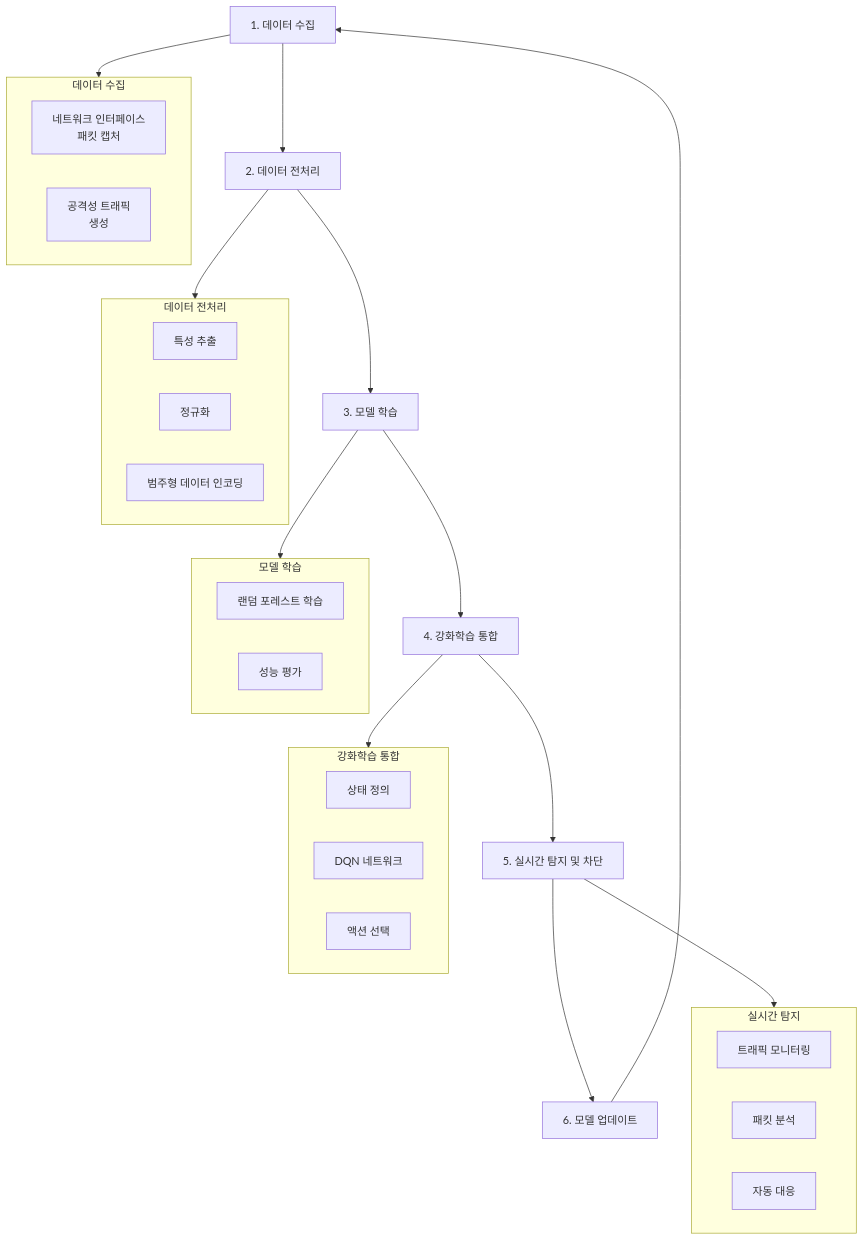
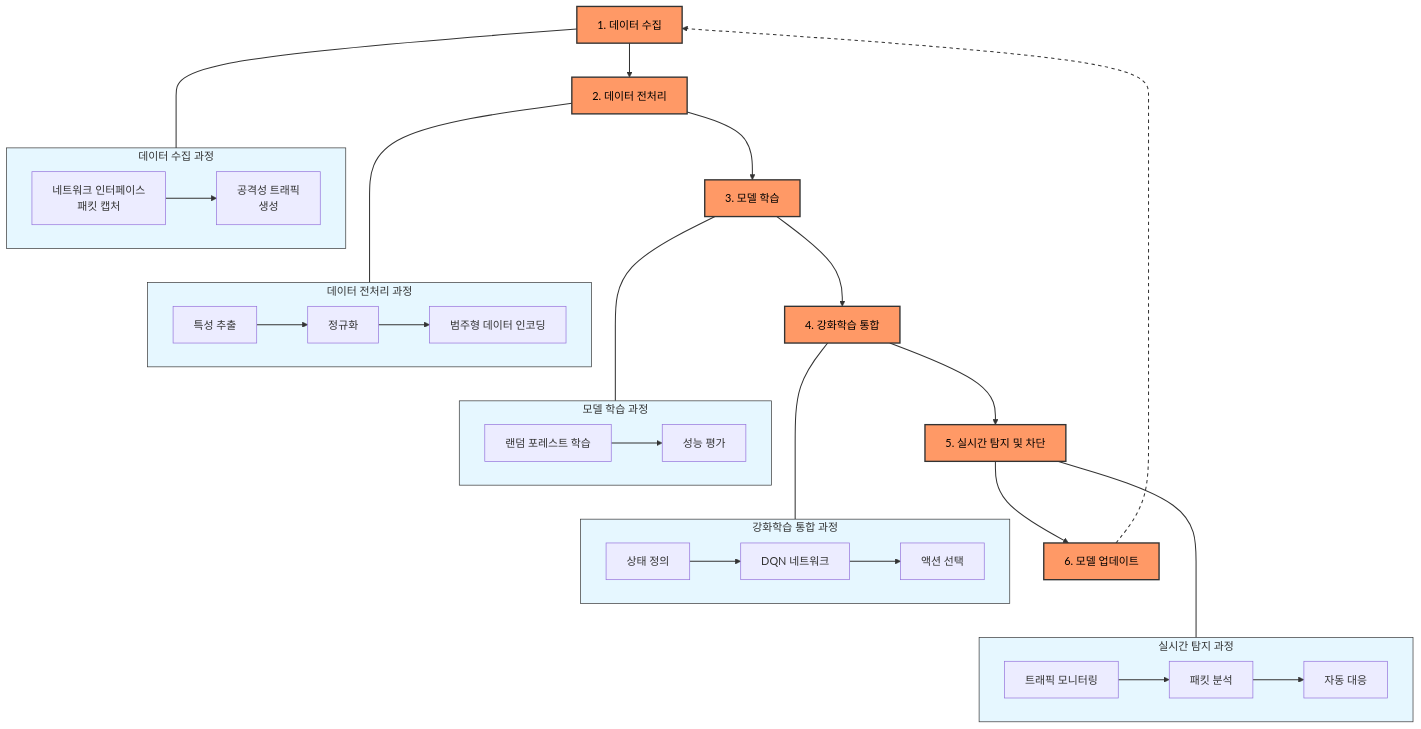
Before and after one commit to Es5724/Intrusion_DetectionSystem_AIagent: the first of 4 diagrams in README.md, drawn with Mermaid. The commit also changed other lines of this file, not shown here.

````diff
--- a/README.md
+++ b/README.md
@@ -98,43 +98,57 @@
 ```mermaid
-flowchart TD
-    collection[1. 데이터 수집] --> preprocessing[2. 데이터 전처리]
-    preprocessing --> training[3. 모델 학습]
-    training --> rl[4. 강화학습 통합]
-    rl --> detection[5. 실시간 탐지 및 차단]
-    detection --> update[6. 모델 업데이트]
-    update --> collection
+flowchart TB
+    %% 주요 단계 정의
+    step1[1. 데이터 수집]
+    step2[2. 데이터 전처리]
+    step3[3. 모델 학습]
+    step4[4. 강화학습 통합]
+    step5[5. 실시간 탐지 및 차단]
+    step6[6. 모델 업데이트]
     
-    subgraph data_collection[데이터 수집]
-        interface[네트워크 인터페이스\n패킷 캡처]
-        generator[공격성 트래픽\n생성]
+    %% 단계별 연결
+    step1 --> step2 --> step3 --> step4 --> step5 --> step6
+    step6 -.-> step1
+    
+    %% 각 단계의 세부 과정
+    subgraph collection[데이터 수집 과정]
+        direction LR
+        interface[네트워크 인터페이스\n패킷 캡처] --> generator[공격성 트래픽\n생성]
     end
     
-    subgraph data_prep[데이터 전처리]
-        extract[특성 추출]
-        normalize[정규화]
-        encode[범주형 데이터 인코딩]
+    subgraph preprocessing[데이터 전처리 과정]
+        direction LR
+        extract[특성 추출] --> normalize[정규화] --> encode[범주형 데이터 인코딩]
     end
     
-    subgraph ml_train[모델 학습]
-        rf[랜덤 포레스트 학습]
-        evaluate[성능 평가]
+    subgraph training[모델 학습 과정]
+        direction LR
+        rf[랜덤 포레스트 학습] --> evaluate[성능 평가]
     end
     
-    subgraph rl_integration[강화학습 통합]
-        state[상태 정의]
-        dqn[DQN 네트워크]
-        action[액션 선택]
+    subgraph rl_integration[강화학습 통합 과정]
+        direction LR
+        state[상태 정의] --> dqn[DQN 네트워크] --> action[액션 선택]
     end
     
-    subgraph real_time[실시간 탐지]
-        monitor[트래픽 모니터링]
-        analyze[패킷 분석]
-        respond[자동 대응]
+    subgraph detection[실시간 탐지 과정]
+        direction LR
+        monitor[트래픽 모니터링] --> analyze[패킷 분석] --> respond[자동 대응]
     end
     
-    collection --> data_collection
-    preprocessing --> data_prep
-    training --> ml_train
-    rl --> rl_integration
-    detection --> real_time
+    %% 단계와 세부 과정 연결
+    step1 ---- collection
+    step2 ---- preprocessing
+    step3 ---- training
+    step4 ---- rl_integration
+    step5 ---- detection
+    
+    %% 스타일 정의
+    classDef mainStep fill:#f96,stroke:#333,stroke-width:2px,color:black;
+    class step1,step2,step3,step4,step5,step6 mainStep;
+    
+    classDef processBox fill:#e6f7ff,stroke:#333,stroke-width:1px;
+    class collection,preprocessing,training,rl_integration,detection processBox;
+    
+    linkStyle default stroke:#333,stroke-width:1.5px;
+    linkStyle 5 stroke:#333,stroke-width:1.5px,stroke-dasharray:5;
 ```
````
